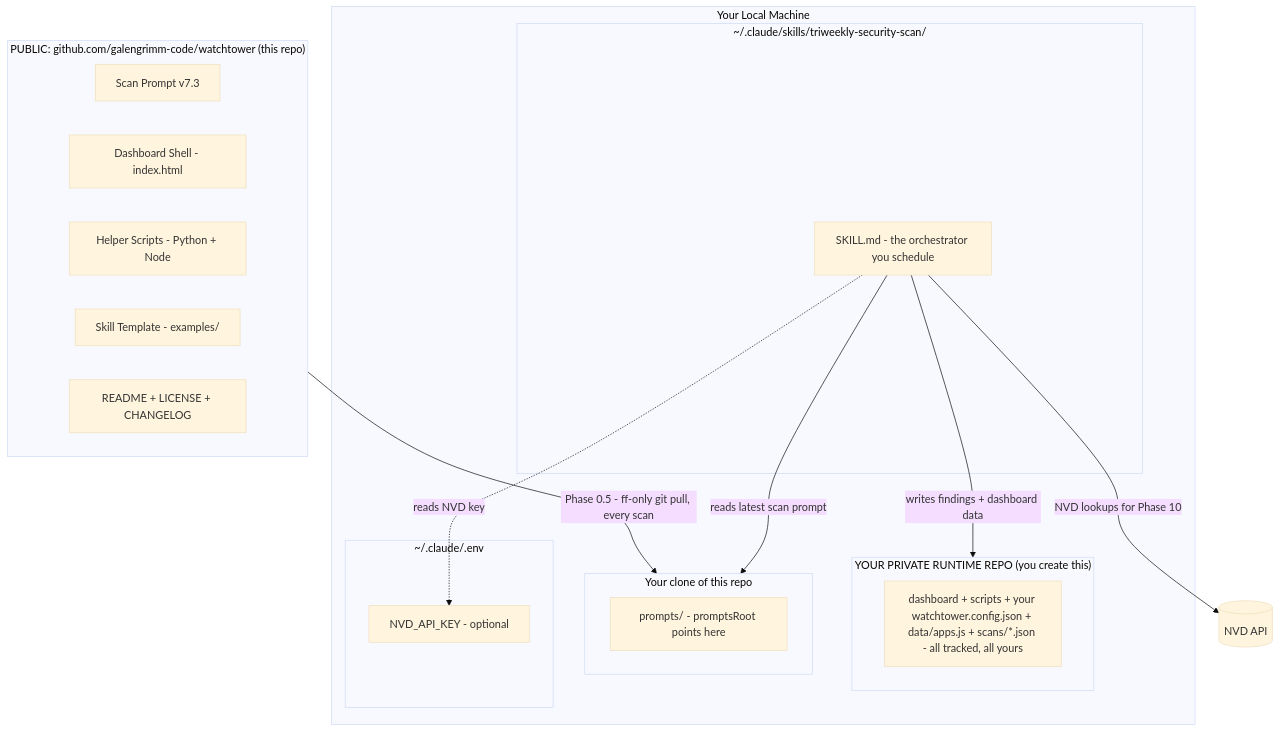
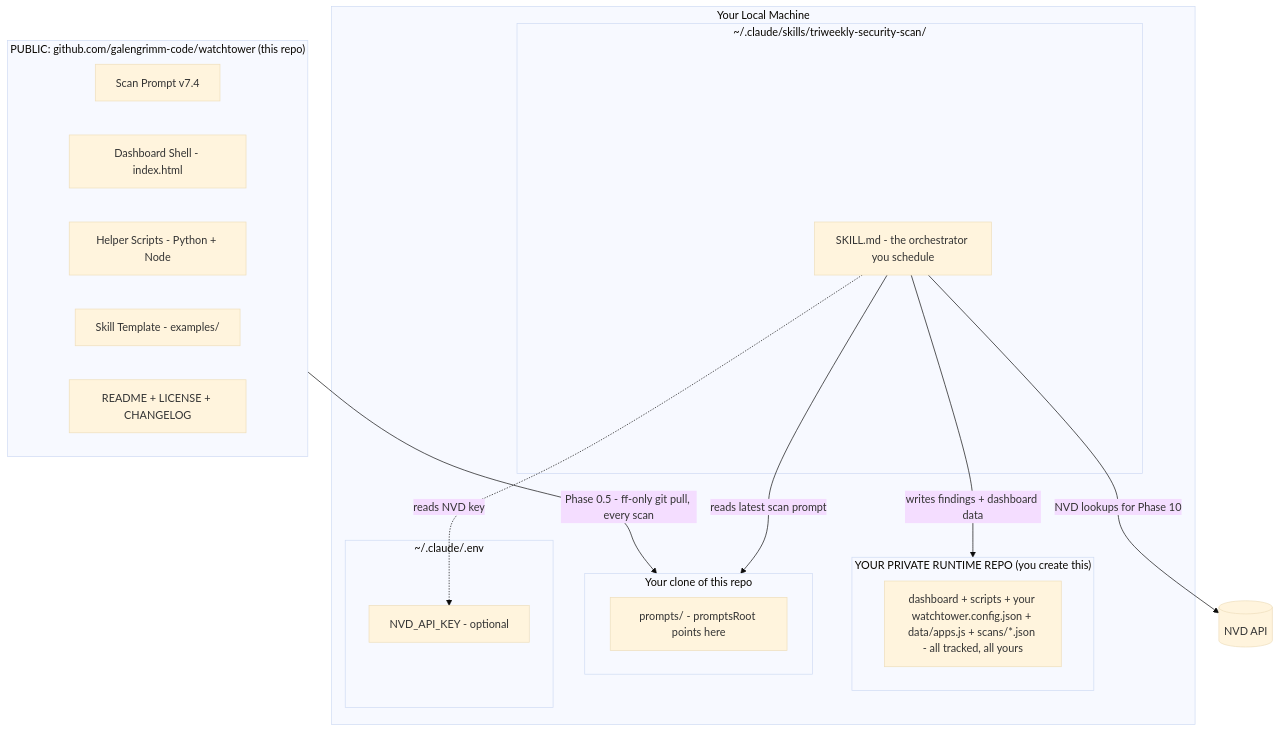
One commit to galengrimm-code/watchtower changed the first of 2 diagrams in README.md. Above: the diagram before and after it, drawn with Mermaid (base theme). The commit also changed other lines of this file and 2 other files, not shown here.

````diff
--- a/README.md
+++ b/README.md
@@ -35,34 +35,34 @@
 ```mermaid
 graph TB
     subgraph public["PUBLIC: github.com/galengrimm-code/watchtower (this repo)"]
-        Prompt[Scan Prompt v7.3]
+        Prompt[Scan Prompt v7.4]
         Shell[Dashboard Shell - index.html]
         Scripts[Helper Scripts - Python + Node]
         Template[Skill Template - examples/]
         Docs[README + LICENSE + CHANGELOG]
     end
 
     subgraph local["Your Local Machine"]
         subgraph runtime["YOUR PRIVATE RUNTIME REPO (you create this)"]
             Run[dashboard + scripts + your watchtower.config.json + data/apps.js + scans/*.json - all tracked, all yours]
         end
 
         subgraph pubclone["Your clone of this repo"]
             PromptClone[prompts/ - promptsRoot points here]
         end
 
         subgraph skillhome["~/.claude/skills/triweekly-security-scan/"]
             Skill[SKILL.md - the orchestrator you schedule]
         end
 
         subgraph env["~/.claude/.env"]
             Secrets[NVD_API_KEY - optional]
         end
     end
 
     public -->|"Phase 0.5 - ff-only git pull, every scan"| pubclone
     Skill -->|"reads latest scan prompt"| pubclone
     Skill -->|"writes findings + dashboard data"| runtime
     Skill -.->|"reads NVD key"| Secrets
     Skill -->|"NVD lookups for Phase 10"| NVD[(NVD API)]
 ```
````
